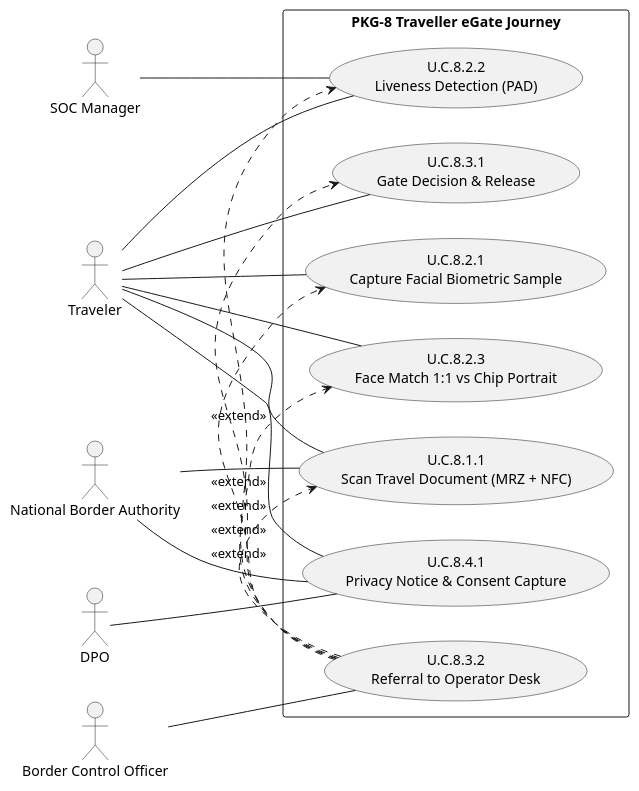
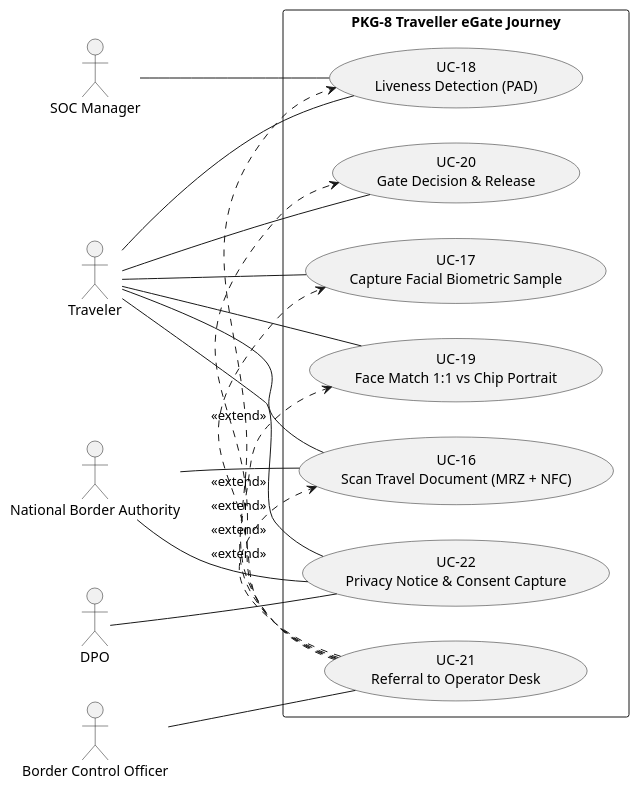
One commit to pauloribeiro16/Methodology_compact changed the second of 6 diagrams in 02_CASES/Case_02_SecureBorder_Solutions/03_PHASE3_DECOMPOSITION/annexes/A_Use_Case_Diagrams.md. Above: the diagram before and after it, drawn with PlantUML. The commit also changed other lines of this file and 22 other files, not shown here.

Commit message:
[EXECUTOR] F3 RENUMBER Case_02: U.C.x flattened → UC-01..36 (compliance 01..15 + product 16..36), two-phase, 12 files, 6 SVGs re-rendered, xlsx regenerated; gates: pre-existing FAILs only, audit 100%, mermaid 192/192, smoke 16/16; 1 missed live ref (Doc23) re-anchored

````diff
--- a/02_CASES/Case_02_SecureBorder_Solutions/03_PHASE3_DECOMPOSITION/annexes/A_Use_Case_Diagrams.md
+++ b/02_CASES/Case_02_SecureBorder_Solutions/03_PHASE3_DECOMPOSITION/annexes/A_Use_Case_Diagrams.md
@@ -106,35 +111,35 @@
 ```plantuml
 @startuml
 left to right direction
 actor "Traveler" as TRV
 actor "Border Control Officer" as BCO
 actor "SOC Manager" as SOC
 actor "DPO" as DPO
 actor "National Border Authority" as NBA
 rectangle "PKG-8 Traveller eGate Journey" {
-usecase "U.C.8.1.1\nScan Travel Document (MRZ + NFC)" as UC811
-usecase "U.C.8.2.1\nCapture Facial Biometric Sample" as UC821
-usecase "U.C.8.2.2\nLiveness Detection (PAD)" as UC822
-usecase "U.C.8.2.3\nFace Match 1:1 vs Chip Portrait" as UC823
-usecase "U.C.8.3.1\nGate Decision & Release" as UC831
-usecase "U.C.8.3.2\nReferral to Operator Desk" as UC832
-usecase "U.C.8.4.1\nPrivacy Notice & Consent Capture" as UC841
+usecase "UC-16\nScan Travel Document (MRZ + NFC)" as UC811
+usecase "UC-17\nCapture Facial Biometric Sample" as UC821
+usecase "UC-18\nLiveness Detection (PAD)" as UC822
+usecase "UC-19\nFace Match 1:1 vs Chip Portrait" as UC823
+usecase "UC-20\nGate Decision & Release" as UC831
+usecase "UC-21\nReferral to Operator Desk" as UC832
+usecase "UC-22\nPrivacy Notice & Consent Capture" as UC841
 }
 TRV -- UC811
 TRV -- UC821
 TRV -- UC822
 TRV -- UC823
 TRV -- UC831
 TRV -- UC841
 BCO -- UC832
 SOC -- UC822
 DPO -- UC841
 NBA -- UC811
 NBA -- UC841
 UC832 .> UC811 : <<extend>>
 UC832 .> UC821 : <<extend>>
 UC832 .> UC822 : <<extend>>
 UC832 .> UC823 : <<extend>>
 UC832 .> UC831 : <<extend>>
 @enduml
 ```
````
